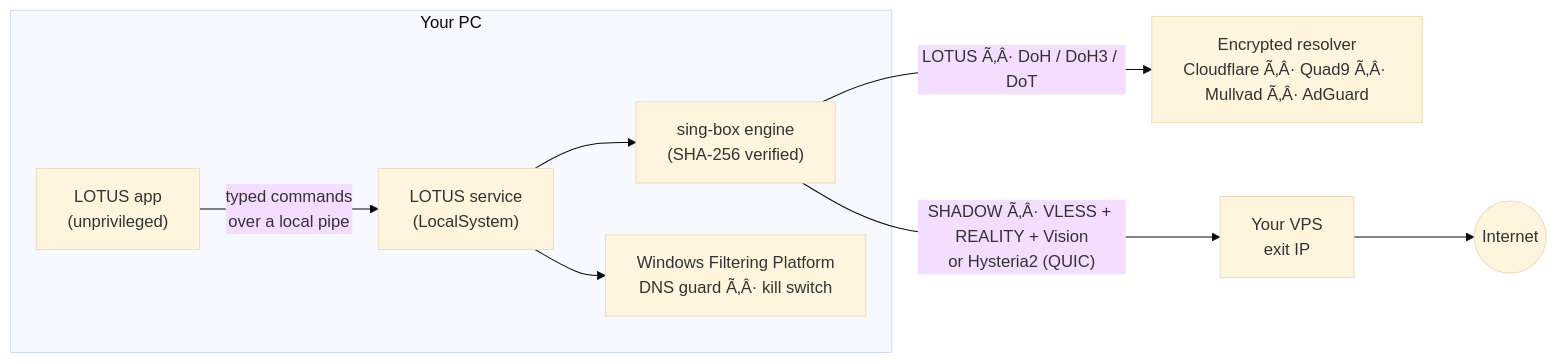
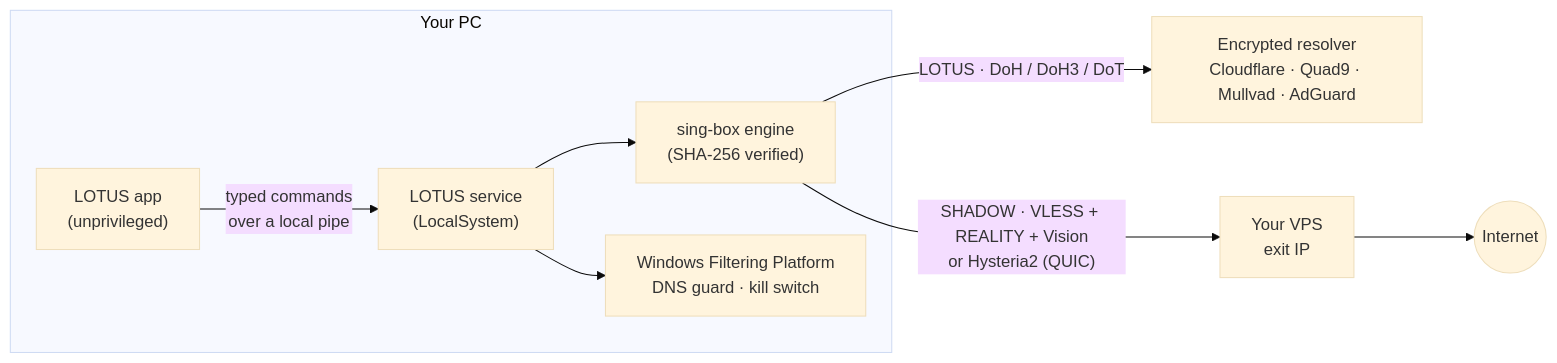
One commit to HighSkai/Lotus changed the diagram in README.md. Above: the diagram before and after it, drawn with Mermaid (base theme). The commit also changed other lines of this file and 17 other files, not shown here.

````diff
--- a/README.md
+++ b/README.md
@@ -62,11 +63,11 @@
 ```mermaid
 flowchart LR
   subgraph PC["Your PC"]
     UI["LOTUS app<br/>(unprivileged)"] -- "typed commands<br/>over a local pipe" --> SVC["LOTUS service<br/>(LocalSystem)"]
     SVC --> ENG["sing-box engine<br/>(SHA-256 verified)"]
-    SVC --> WFP["Windows Filtering Platform<br/>DNS guard Ã‚Â· kill switch"]
+    SVC --> WFP["Windows Filtering Platform<br/>DNS guard · kill switch"]
   end
-  ENG -- "LOTUS Ã‚Â· DoH / DoH3 / DoT" --> DNS["Encrypted resolver<br/>Cloudflare Ã‚Â· Quad9 Ã‚Â· Mullvad Ã‚Â· AdGuard"]
-  ENG -- "SHADOW Ã‚Â· VLESS + REALITY + Vision<br/>or Hysteria2 (QUIC)" --> VPS["Your VPS<br/>exit IP"]
+  ENG -- "LOTUS · DoH / DoH3 / DoT" --> DNS["Encrypted resolver<br/>Cloudflare · Quad9 · Mullvad · AdGuard"]
+  ENG -- "SHADOW · VLESS + REALITY + Vision<br/>or Hysteria2 (QUIC)" --> VPS["Your VPS<br/>exit IP"]
   VPS --> NET(("Internet"))
 ```
````
